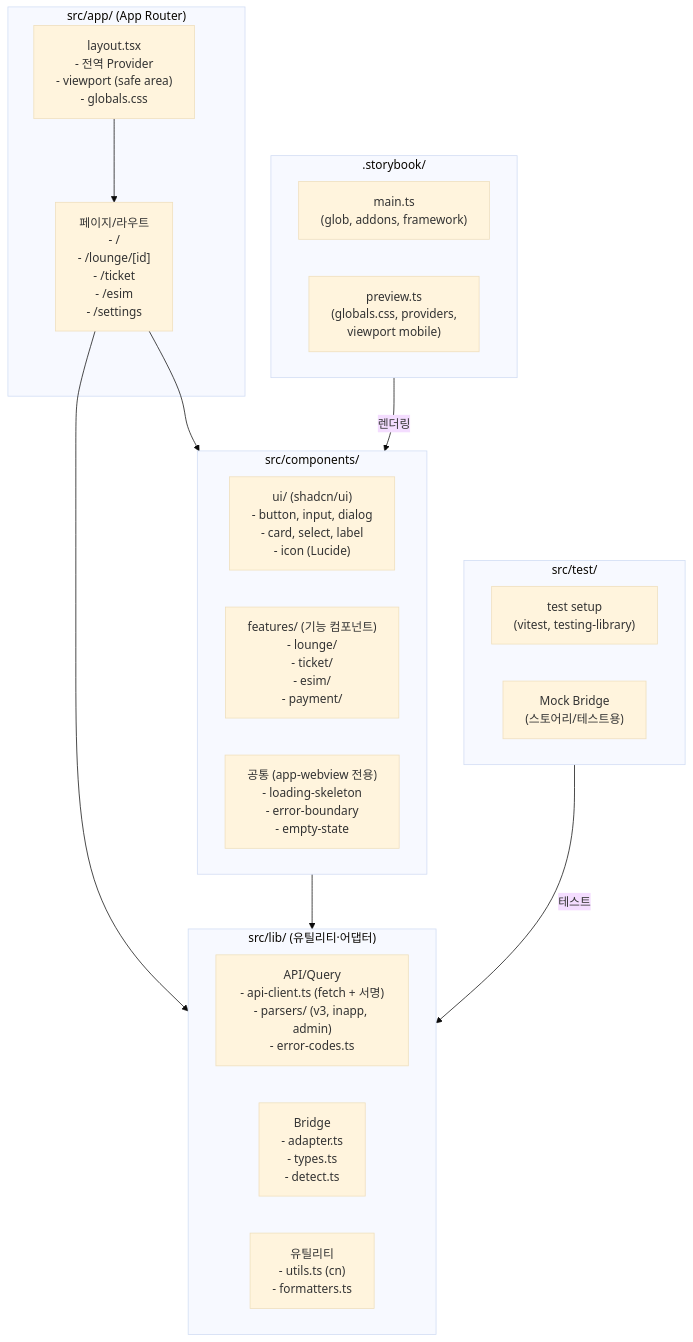
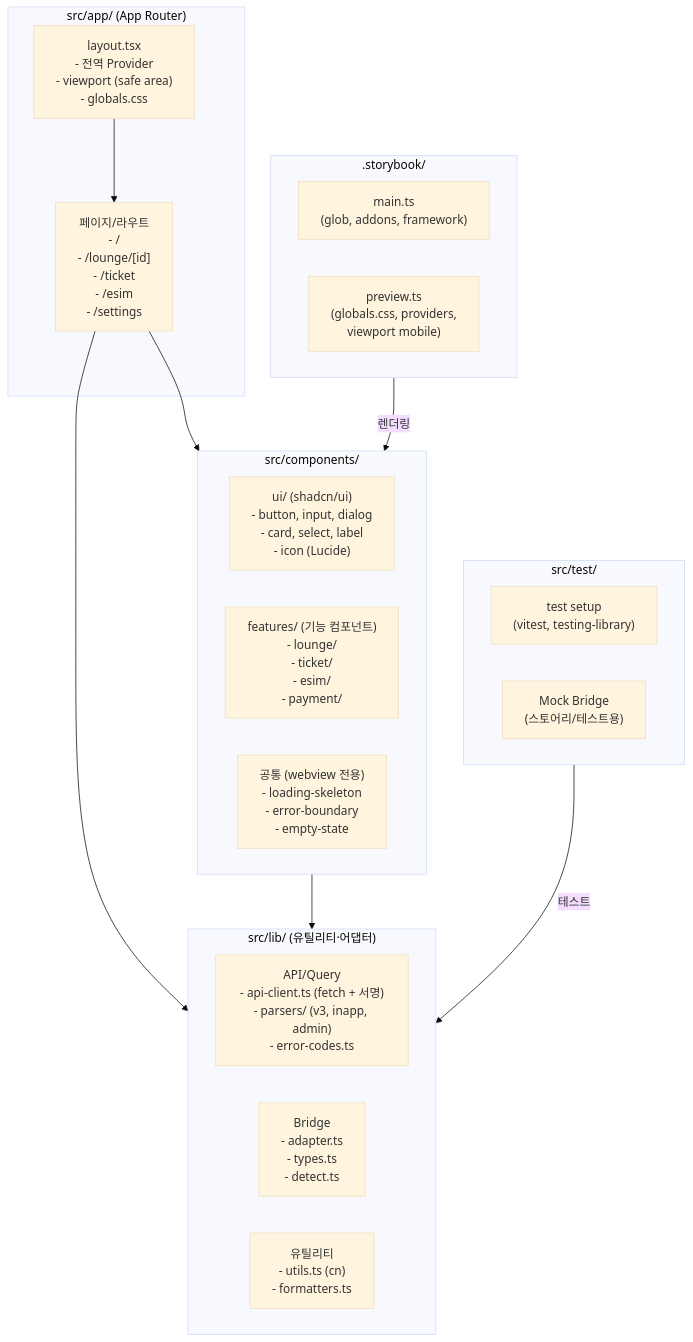
One commit to minsukong/lounge-docs changed the first of 3 diagrams in docs/diagrams/[TBD]_frontend-internal.md. Above: the diagram before and after it, drawn with Mermaid (base theme). The commit also changed other lines of this file and 49 other files, not shown here.

```diff
--- a/docs/diagrams/[TBD]_frontend-internal.md
+++ b/docs/diagrams/[TBD]_frontend-internal.md
@@ -9,39 +9,39 @@
   <div class="mermaid">
 flowchart TB
-  accTitle: app-webview 내부 구조 (예상)
+  accTitle: webview 내부 구조 (예상)
   accDescr: Next.js App Router 기반의 WebView 애플리케이션으로, 라우트/레이아웃, UI 컴포넌트, API/유틸리티, 테스트로 구성됩니다.
   
   subgraph APP["src/app/ (App Router)"]
     LAYOUT["layout.tsx<br/>- 전역 Provider<br/>- viewport (safe area)<br/>- globals.css"]
     PAGES["페이지/라우트<br/>- /<br/>- /lounge/[id]<br/>- /ticket<br/>- /esim<br/>- /settings"]
     LAYOUT --> PAGES
   end
 
   subgraph COMPONENTS["src/components/"]
     UI["ui/ (shadcn/ui)<br/>- button, input, dialog<br/>- card, select, label<br/>- icon (Lucide)"]
     FEATURES["features/ (기능 컴포넌트)<br/>- lounge/<br/>- ticket/<br/>- esim/<br/>- payment/"]
-    COMMON["공통 (app-webview 전용)<br/>- loading-skeleton<br/>- error-boundary<br/>- empty-state"]
+    COMMON["공통 (webview 전용)<br/>- loading-skeleton<br/>- error-boundary<br/>- empty-state"]
   end
 
   subgraph LIB["src/lib/ (유틸리티·어댑터)"]
     QUERY["API/Query<br/>- api-client.ts (fetch + 서명)<br/>- parsers/ (v3, inapp, admin)<br/>- error-codes.ts"]
     BRIDGE["Bridge<br/>- adapter.ts<br/>- types.ts<br/>- detect.ts"]
     UTILS["유틸리티<br/>- utils.ts (cn)<br/>- formatters.ts"]
   end
 
   subgraph STORIES[".storybook/"]
     SB_MAIN["main.ts<br/>(glob, addons, framework)"]
     SB_PREVIEW["preview.ts<br/>(globals.css, providers,<br/>viewport mobile)"]
   end
 
   subgraph TEST["src/test/"]
     SETUP["test setup<br/>(vitest, testing-library)"]
     MOCKS["Mock Bridge<br/>(스토어리/테스트용)"]
   end
 
   PAGES --> COMPONENTS
   PAGES --> LIB
   COMPONENTS --> LIB
   STORIES -- "렌더링" --> COMPONENTS
   TEST -- "테스트" --> LIB
   </div>
```
